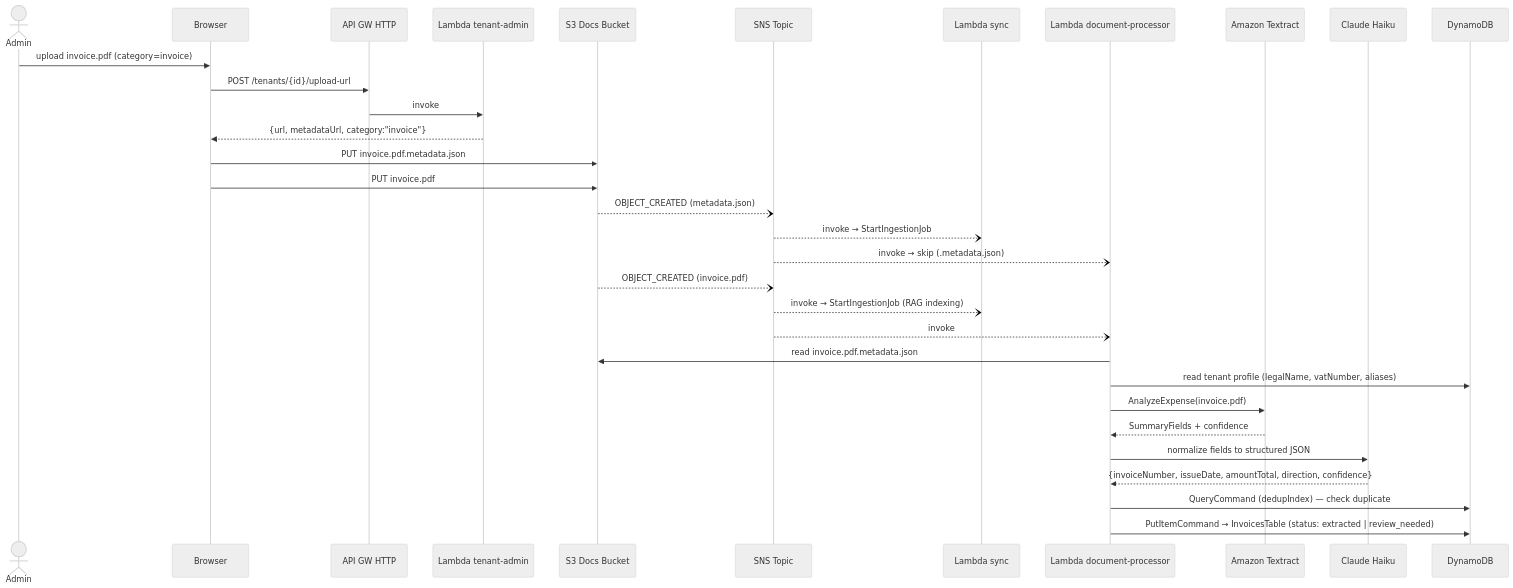
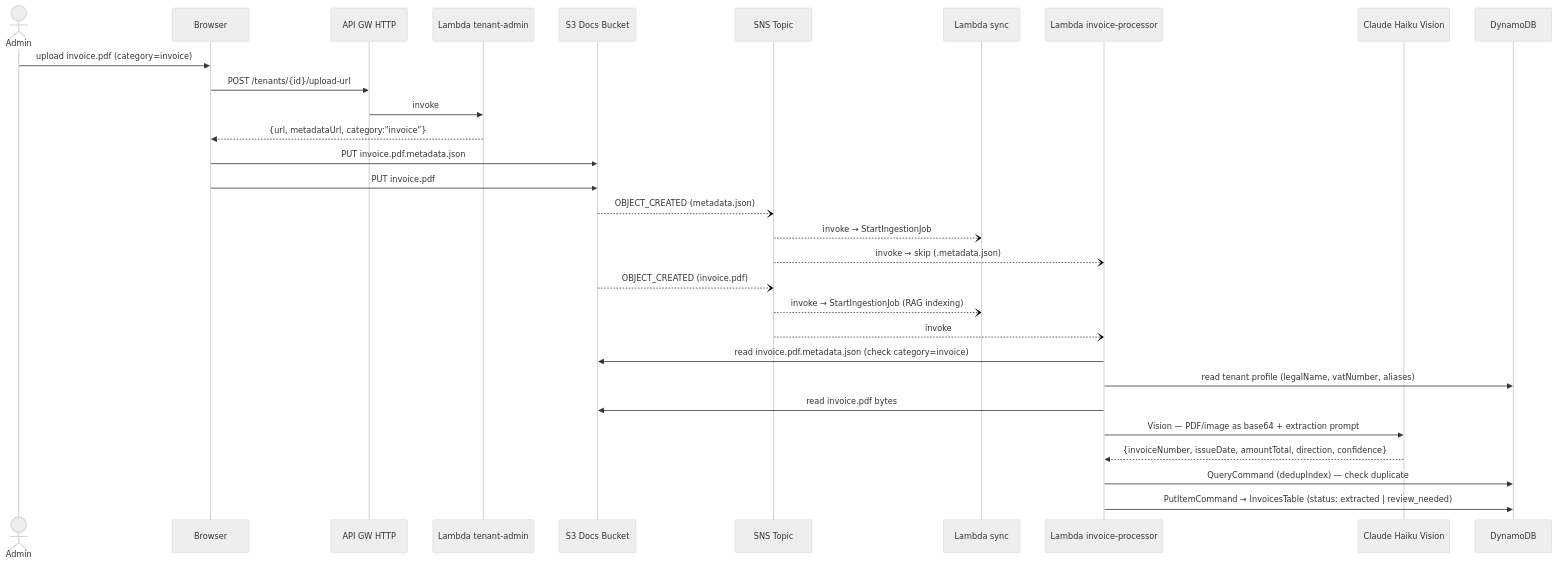
One commit to effectivegenie/knowledge-assistant changed the fifth of 5 diagrams in docs/architecture.md. Above: the diagram before and after it, drawn with Mermaid (neutral theme). The commit also changed other lines of this file and 6 other files, not shown here.

First line of the commit message:
refactor: rename document-processor → invoice-processor

````diff
--- a/docs/architecture.md
+++ b/docs/architecture.md
@@ -173,38 +171,36 @@
 ```mermaid
 sequenceDiagram
     actor Admin
     participant Browser
     participant HTTP as API GW HTTP
     participant TenantAdmin as Lambda tenant-admin
     participant S3 as S3 Docs Bucket
     participant SNS as SNS Topic
     participant Sync as Lambda sync
-    participant DP as Lambda document-processor
-    participant Textract as Amazon Textract
-    participant Claude as Claude Haiku
+    participant IP as Lambda invoice-processor
+    participant Claude as Claude Haiku Vision
     participant DDB as DynamoDB
 
     Admin->>Browser: upload invoice.pdf (category=invoice)
     Browser->>HTTP: POST /tenants/{id}/upload-url
     HTTP->>TenantAdmin: invoke
     TenantAdmin-->>Browser: {url, metadataUrl, category:"invoice"}
     Browser->>S3: PUT invoice.pdf.metadata.json
     Browser->>S3: PUT invoice.pdf
 
     S3--)SNS: OBJECT_CREATED (metadata.json)
     SNS--)Sync: invoke → StartIngestionJob
-    SNS--)DP: invoke → skip (.metadata.json)
+    SNS--)IP: invoke → skip (.metadata.json)
 
     S3--)SNS: OBJECT_CREATED (invoice.pdf)
     SNS--)Sync: invoke → StartIngestionJob (RAG indexing)
-    SNS--)DP: invoke
+    SNS--)IP: invoke
 
-    DP->>S3: read invoice.pdf.metadata.json
-    DP->>DDB: read tenant profile (legalName, vatNumber, aliases)
-    DP->>Textract: AnalyzeExpense(invoice.pdf)
-    Textract-->>DP: SummaryFields + confidence
-    DP->>Claude: normalize fields to structured JSON
-    Claude-->>DP: {invoiceNumber, issueDate, amountTotal, direction, confidence}
-    DP->>DDB: QueryCommand (dedupIndex) — check duplicate
-    DP->>DDB: PutItemCommand → InvoicesTable (status: extracted | review_needed)
+    IP->>S3: read invoice.pdf.metadata.json (check category=invoice)
+    IP->>DDB: read tenant profile (legalName, vatNumber, aliases)
+    IP->>S3: read invoice.pdf bytes
+    IP->>Claude: Vision — PDF/image as base64 + extraction prompt
+    Claude-->>IP: {invoiceNumber, issueDate, amountTotal, direction, confidence}
+    IP->>DDB: QueryCommand (dedupIndex) — check duplicate
+    IP->>DDB: PutItemCommand → InvoicesTable (status: extracted | review_needed)
 ```
````
